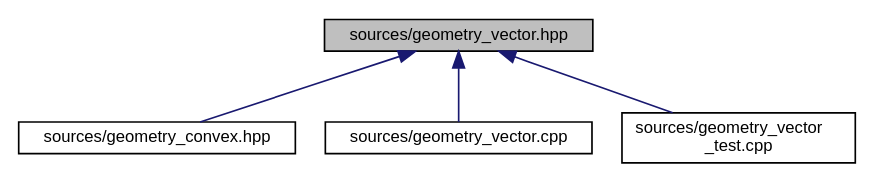
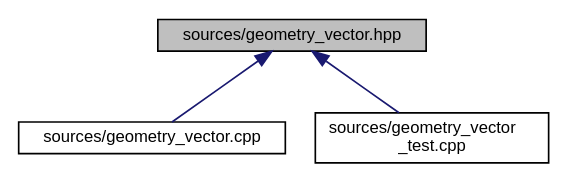
One commit to eliogovea/dev-env-cpp changed the diagram in dev/documentation/geometry__vector_8hpp__dep__incl.dot. Above: the diagram before and after it, drawn with Graphviz. The commit also changed 106 other files, not shown here.

```diff
--- a/dev/documentation/geometry__vector_8hpp__dep__incl.dot
+++ b/dev/documentation/geometry__vector_8hpp__dep__incl.dot
@@ -1,13 +1,11 @@
 digraph "sources/geometry_vector.hpp"
 {
  // LATEX_PDF_SIZE
   edge [fontname="Helvetica",fontsize="10",labelfontname="Helvetica",labelfontsize="10"];
   node [fontname="Helvetica",fontsize="10",shape=record];
   Node1 [label="sources/geometry_vector.hpp",height=0.2,width=0.4,color="black", fillcolor="grey75", style="filled", fontcolor="black",tooltip=" "];
   Node1 -> Node2 [dir="back",color="midnightblue",fontsize="10",style="solid",fontname="Helvetica"];
-  Node2 [label="sources/geometry_convex.hpp",height=0.2,width=0.4,color="black", fillcolor="white", style="filled",URL="$geometry__convex_8hpp.html",tooltip=" "];
+  Node2 [label="sources/geometry_vector.cpp",height=0.2,width=0.4,color="black", fillcolor="white", style="filled",URL="$geometry__vector_8cpp.html",tooltip=" "];
   Node1 -> Node3 [dir="back",color="midnightblue",fontsize="10",style="solid",fontname="Helvetica"];
-  Node3 [label="sources/geometry_vector.cpp",height=0.2,width=0.4,color="black", fillcolor="white", style="filled",URL="$geometry__vector_8cpp.html",tooltip=" "];
-  Node1 -> Node4 [dir="back",color="midnightblue",fontsize="10",style="solid",fontname="Helvetica"];
-  Node4 [label="sources/geometry_vector\l_test.cpp",height=0.2,width=0.4,color="black", fillcolor="white", style="filled",URL="$geometry__vector__test_8cpp.html",tooltip=" "];
+  Node3 [label="sources/geometry_vector\l_test.cpp",height=0.2,width=0.4,color="black", fillcolor="white", style="filled",URL="$geometry__vector__test_8cpp.html",tooltip=" "];
 }
```
